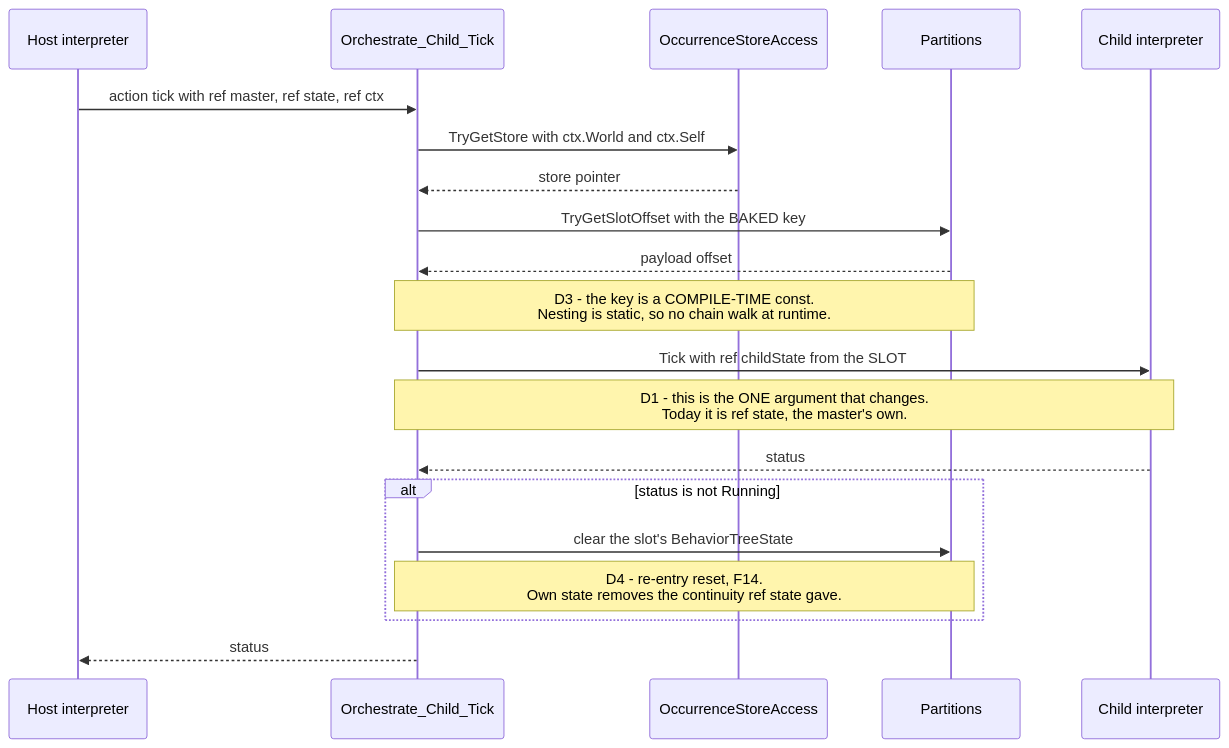
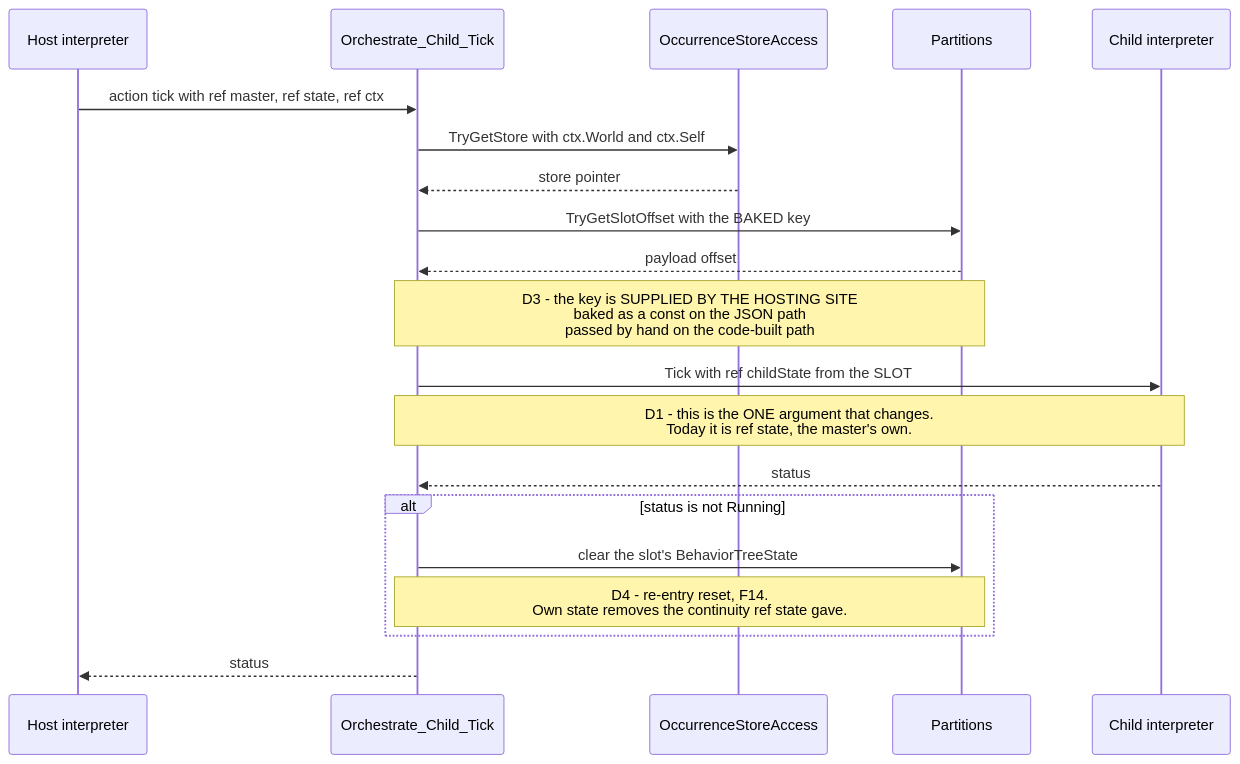
The eighth of 8 diagrams in docs/blueprints/DESIGN_Occurrence_Scoped_Storage.md (pjanec/HROT), drawn with Mermaid before and after one commit. The commit also changed other lines of this file and 1 other file, not shown here.

First line of the commit message:
docs(blueprints): re-lean O4 D3 — the key is supplied by the hosting site, not baked

````diff
--- a/docs/blueprints/DESIGN_Occurrence_Scoped_Storage.md
+++ b/docs/blueprints/DESIGN_Occurrence_Scoped_Storage.md
@@ -2331,23 +2331,23 @@
 ```mermaid
 sequenceDiagram
     participant HO as Host interpreter
     participant OR as Orchestrate_Child_Tick
     participant SA as OccurrenceStoreAccess
     participant PA as Partitions
     participant CH as Child interpreter
 
     HO->>OR: action tick with ref master, ref state, ref ctx
     OR->>SA: TryGetStore with ctx.World and ctx.Self
     SA-->>OR: store pointer
     OR->>PA: TryGetSlotOffset with the BAKED key
     PA-->>OR: payload offset
-    Note over OR,PA: D3 - the key is a COMPILE-TIME const.<br/>Nesting is static, so no chain walk at runtime.
+    Note over OR,PA: D3 - the key is SUPPLIED BY THE HOSTING SITE<br/>baked as a const on the JSON path<br/>passed by hand on the code-built path
     OR->>CH: Tick with ref childState from the SLOT
     Note over OR,CH: D1 - this is the ONE argument that changes.<br/>Today it is ref state, the master's own.
     CH-->>OR: status
     alt status is not Running
         OR->>PA: clear the slot's BehaviorTreeState
         Note over OR,PA: D4 - re-entry reset, F14.<br/>Own state removes the continuity ref state gave.
     end
     OR-->>HO: status
 ```
````
